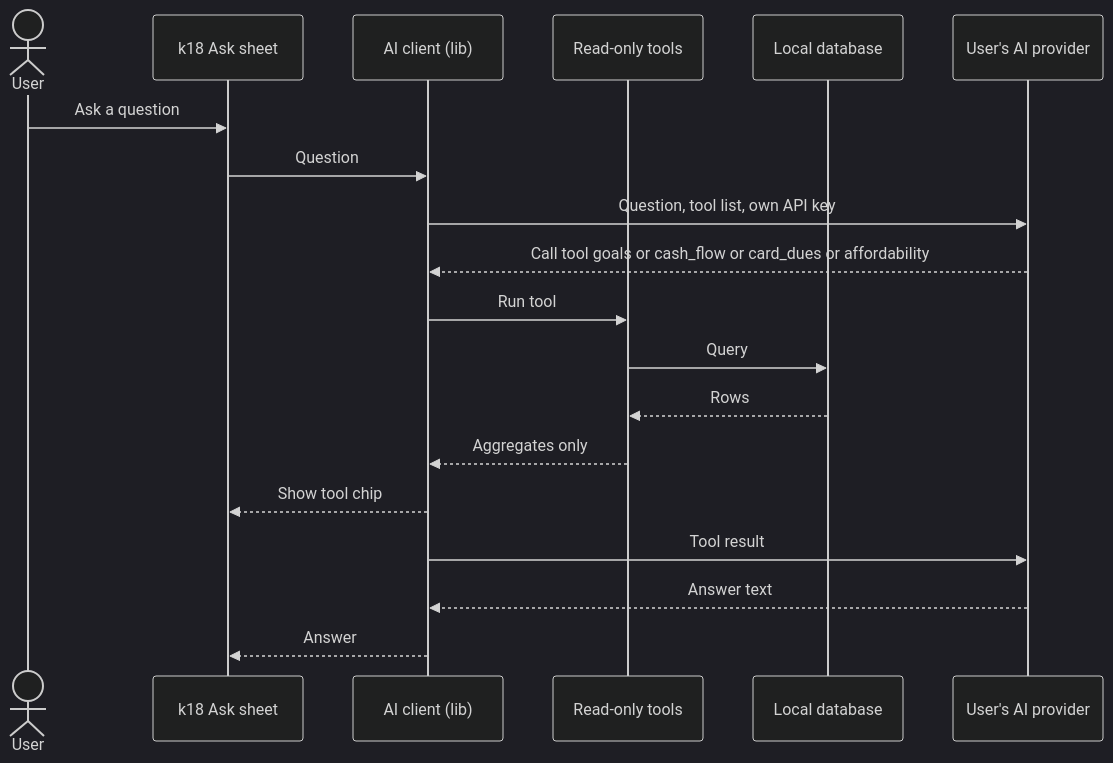
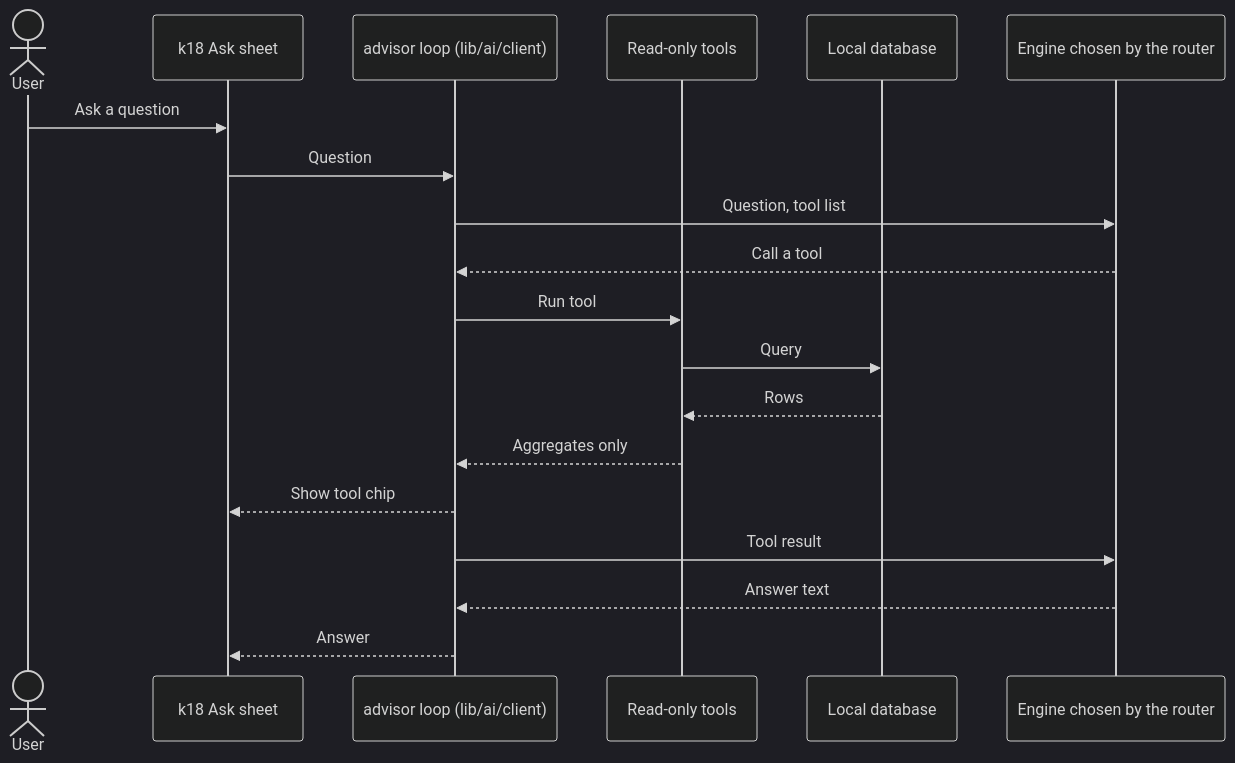
One commit to Aditya-Jyoti/bacchat changed the ninth of 17 diagrams in docs/architecture.md. Above: the diagram before and after it, drawn with Mermaid (dark theme). The commit also changed other lines of this file and 52 other files, not shown here.

````diff
--- a/docs/architecture.md
+++ b/docs/architecture.md
@@ -261,21 +332,21 @@
 ```mermaid
 sequenceDiagram
     actor User
     participant K18 as k18 Ask sheet
-    participant AIC as AI client (lib)
+    participant AIC as advisor loop (lib/ai/client)
     participant T as Read-only tools
     participant DB as Local database
-    participant P as User's AI provider
+    participant P as Engine chosen by the router
     User->>K18: Ask a question
     K18->>AIC: Question
-    AIC->>P: Question, tool list, own API key
-    P-->>AIC: Call tool goals or cash_flow or card_dues or affordability
+    AIC->>P: Question, tool list
+    P-->>AIC: Call a tool
     AIC->>T: Run tool
     T->>DB: Query
     DB-->>T: Rows
     T-->>AIC: Aggregates only
     AIC-->>K18: Show tool chip
     AIC->>P: Tool result
     P-->>AIC: Answer text
     AIC-->>K18: Answer
 ```
````
